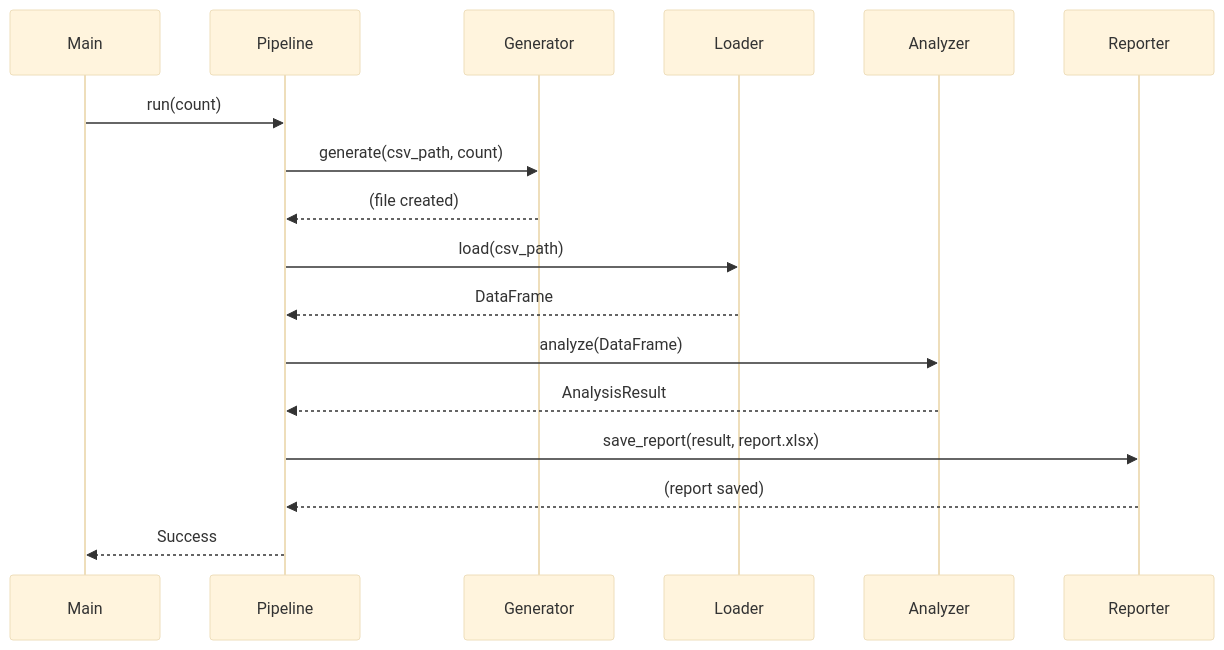
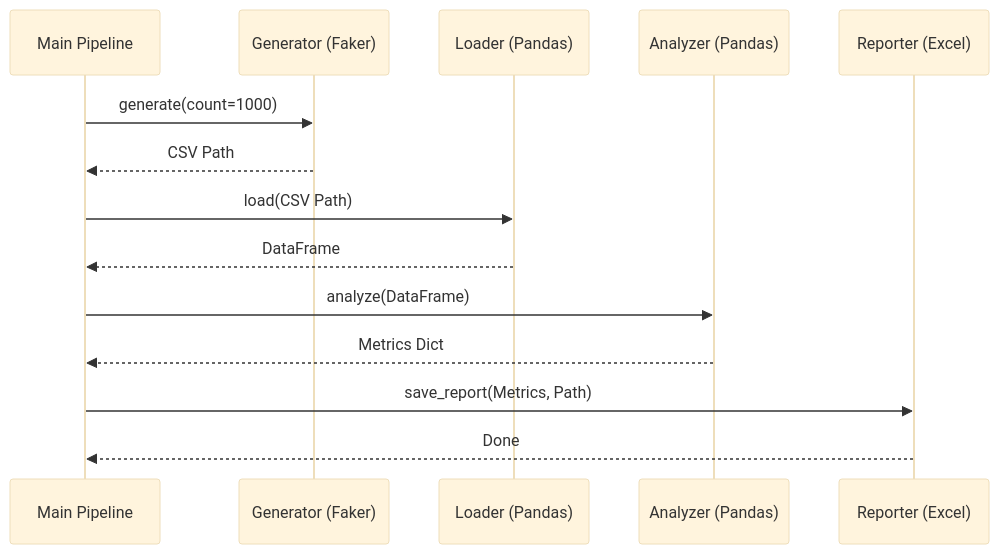
The diagram in second-subfolder/README.md (Mukha92/my-project), drawn with Mermaid (base theme) before and after one commit. The commit also changed other lines of this file, not shown here.

````diff
--- a/second-subfolder/README.md
+++ b/second-subfolder/README.md
@@ -32,20 +16,17 @@
 ```mermaid
 sequenceDiagram
-    participant Main
-    participant Pipeline
-    participant Generator
-    participant Loader
-    participant Analyzer
-    participant Reporter
+    participant Main as Main Pipeline
+    participant Gen as Generator (Faker)
+    participant Loader as Loader (Pandas)
+    participant Analyzer as Analyzer (Pandas)
+    participant Reporter as Reporter (Excel)
 
-    Main->>Pipeline: run(count)
-    Pipeline->>Generator: generate(csv_path, count)
-    Generator-->>Pipeline: (file created)
-    Pipeline->>Loader: load(csv_path)
-    Loader-->>Pipeline: DataFrame
-    Pipeline->>Analyzer: analyze(DataFrame)
-    Analyzer-->>Pipeline: AnalysisResult
-    Pipeline->>Reporter: save_report(result, report.xlsx)
-    Reporter-->>Pipeline: (report saved)
-    Pipeline-->>Main: Success
+    Main->>Gen: generate(count=1000)
+    Gen-->>Main: CSV Path
+    Main->>Loader: load(CSV Path)
+    Loader-->>Main: DataFrame
+    Main->>Analyzer: analyze(DataFrame)
+    Analyzer-->>Main: Metrics Dict
+    Main->>Reporter: save_report(Metrics, Path)
+    Reporter-->>Main: Done
 ```
````
